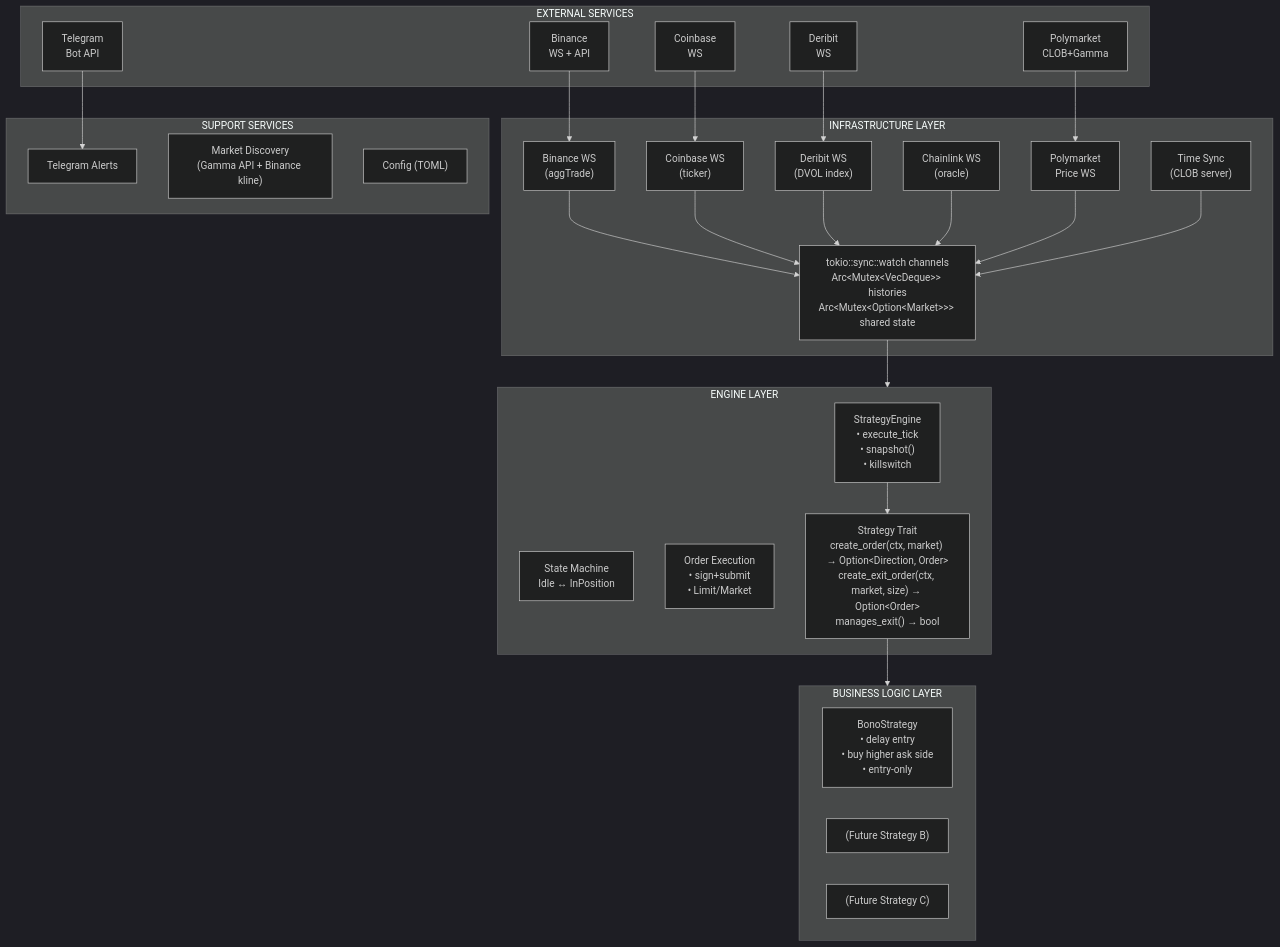
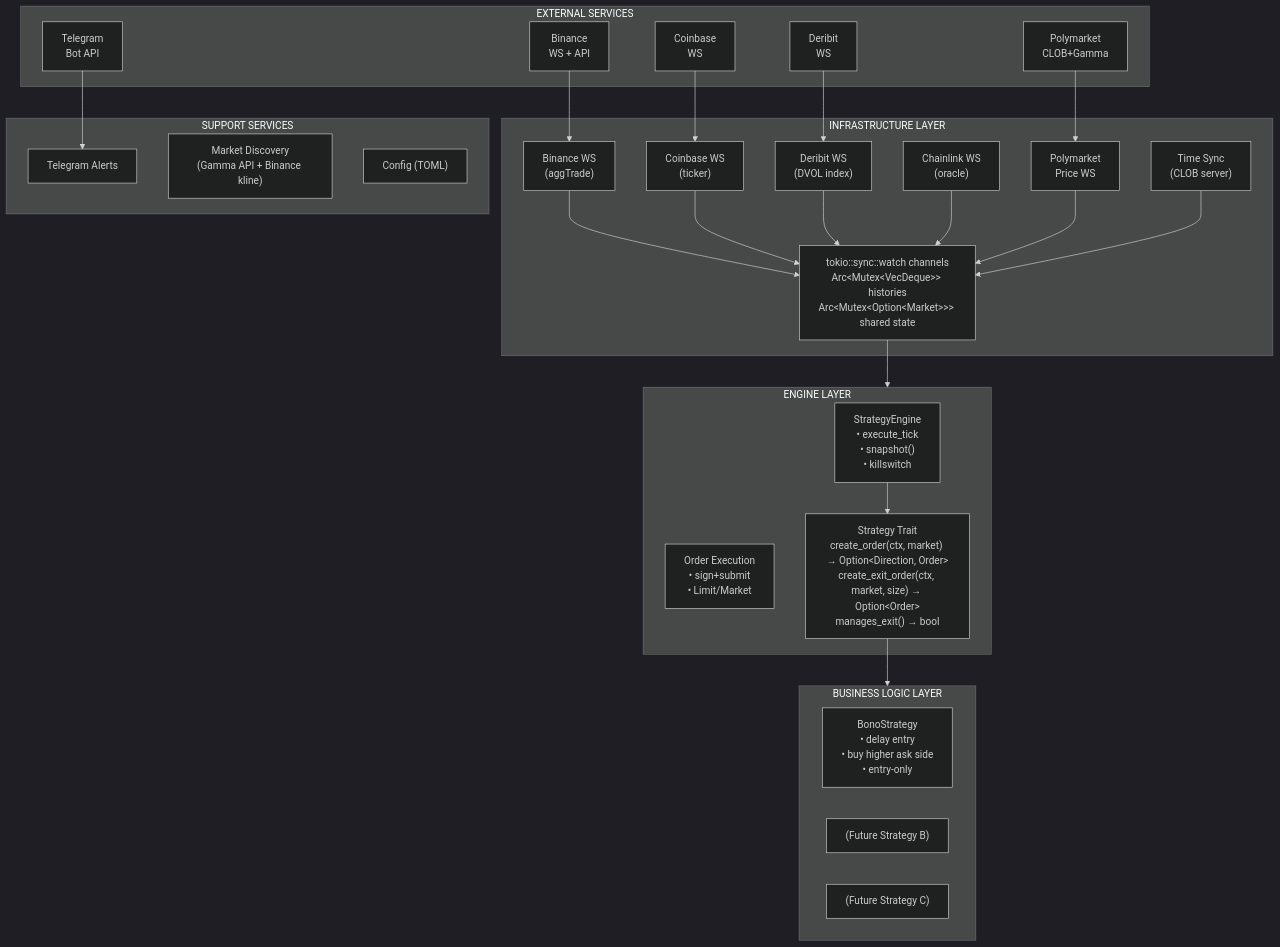
Before and after one commit to bbono/serekes: the first of 3 diagrams in docs/ARCHITECTURE.md, drawn with Mermaid (dark theme). The commit also changed other lines of this file and 7 other files, not shown here.

````diff
--- a/docs/ARCHITECTURE.md
+++ b/docs/ARCHITECTURE.md
@@ -9,52 +9,51 @@
 ```mermaid
 graph TD
     subgraph INFRA["INFRASTRUCTURE LAYER"]
         BIN_WS["Binance WS<br/>(aggTrade)"]
         CB_WS["Coinbase WS<br/>(ticker)"]
         DER_WS["Deribit WS<br/>(DVOL index)"]
         CL_WS["Chainlink WS<br/>(oracle)"]
         PM_WS["Polymarket<br/>Price WS"]
         SYNC["Time Sync<br/>(CLOB server)"]
         CHANNELS["tokio::sync::watch channels<br/>Arc&lt;Mutex&lt;VecDeque&gt;&gt; histories<br/>Arc&lt;Mutex&lt;Option&lt;Market&gt;&gt;&gt; shared state"]
     end
 
     BIN_WS & CB_WS & DER_WS & CL_WS & PM_WS & SYNC --> CHANNELS
 
     subgraph ENGINE["ENGINE LAYER"]
         SE["StrategyEngine<br/>• execute_tick<br/>• snapshot()<br/>• killswitch"]
-        SM["State Machine<br/>Idle ↔ InPosition"]
         OE["Order Execution<br/>• sign+submit<br/>• Limit/Market"]
         TRAIT["Strategy Trait<br/>create_order(ctx, market) → Option&lt;Direction, Order&gt;<br/>create_exit_order(ctx, market, size) → Option&lt;Order&gt;<br/>manages_exit() → bool"]
         SE --> TRAIT
     end
 
     CHANNELS --> ENGINE
 
     subgraph BIZ["BUSINESS LOGIC LAYER"]
         BONO["BonoStrategy<br/>• delay entry<br/>• buy higher ask side<br/>• entry-only"]
         FUTB["(Future Strategy B)"]
         FUTC["(Future Strategy C)"]
     end
 
     TRAIT --> BIZ
 
     subgraph SUPPORT["SUPPORT SERVICES"]
         TG["Telegram Alerts"]
         MD["Market Discovery<br/>(Gamma API + Binance kline)"]
         CFG["Config (TOML)"]
     end
 
     subgraph EXT["EXTERNAL SERVICES"]
         E_BIN["Binance<br/>WS + API"]
         E_CB["Coinbase<br/>WS"]
         E_DER["Deribit<br/>WS"]
         E_PM["Polymarket<br/>CLOB+Gamma"]
         E_TG["Telegram<br/>Bot API"]
     end
 
     E_BIN --> BIN_WS
     E_CB --> CB_WS
     E_DER --> DER_WS
     E_PM --> PM_WS
     E_TG --> TG
 ```
````
